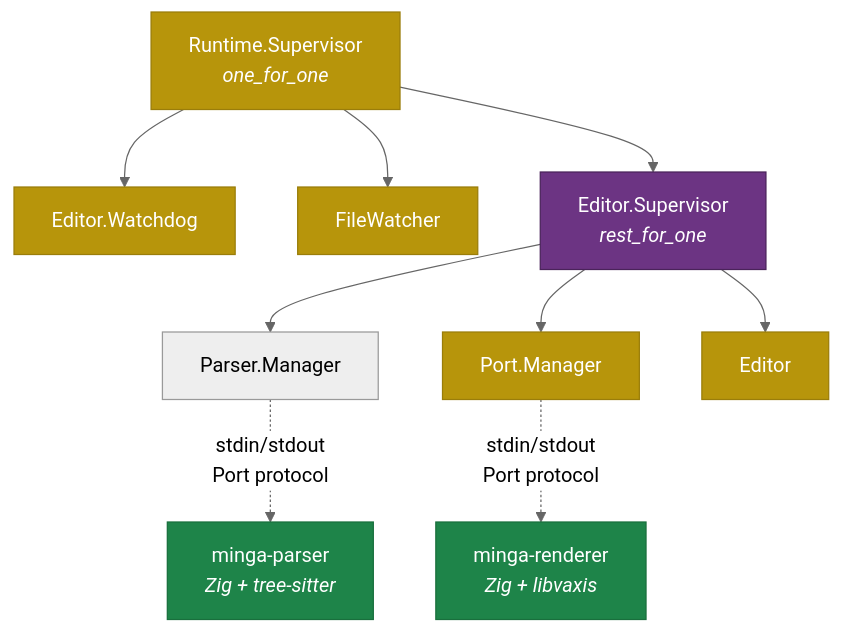
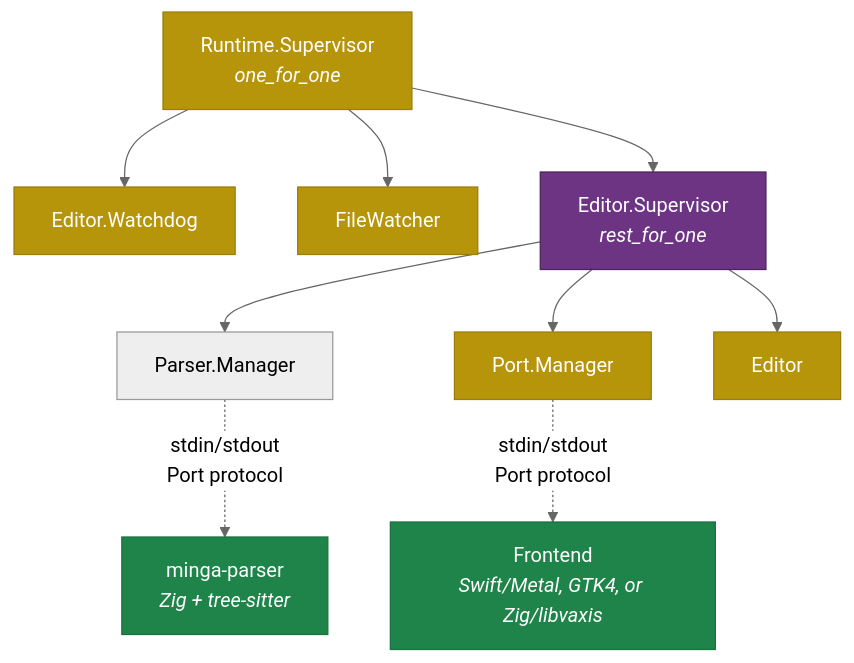
The sixth of 10 diagrams in docs/ARCHITECTURE.md (jsmestad/minga), drawn with Mermaid (neutral theme) before and after one commit. The commit also changed other lines of this file and 4 other files, not shown here.

First line of the commit message:
docs: update architecture and agent docs for GUI-first strategy

````diff
--- a/docs/ARCHITECTURE.md
+++ b/docs/ARCHITECTURE.md
@@ -212,22 +241,22 @@
 ```mermaid
 graph TD
     RT["Runtime.Supervisor<br/><i>one_for_one</i>"]
     RT --> WD["Editor.Watchdog"]
     RT --> FW["FileWatcher"]
     RT --> EDSUP["Editor.Supervisor<br/><i>rest_for_one</i>"]
     EDSUP --> PARSER["Parser.Manager"]
     EDSUP --> PM["Port.Manager"]
     EDSUP --> ED["Editor"]
 
-    PM -. "stdin/stdout<br/>Port protocol" .-> ZIG_R["minga-renderer<br/><i>Zig + libvaxis</i>"]
+    PM -. "stdin/stdout<br/>Port protocol" .-> FE["Frontend<br/><i>Swift/Metal, GTK4, or Zig/libvaxis</i>"]
     PARSER -. "stdin/stdout<br/>Port protocol" .-> ZIG_P["minga-parser<br/><i>Zig + tree-sitter</i>"]
 
     style RT fill:#b7950b,stroke:#9a7d0a,color:#fff
     style EDSUP fill:#6c3483,stroke:#4a235a,color:#fff
     style PM fill:#b7950b,stroke:#9a7d0a,color:#fff
     style ED fill:#b7950b,stroke:#9a7d0a,color:#fff
     style WD fill:#b7950b,stroke:#9a7d0a,color:#fff
     style FW fill:#b7950b,stroke:#9a7d0a,color:#fff
-    style ZIG_R fill:#1e8449,stroke:#196f3d,color:#fff
+    style FE fill:#1e8449,stroke:#196f3d,color:#fff
     style ZIG_P fill:#1e8449,stroke:#196f3d,color:#fff
 ```
````
